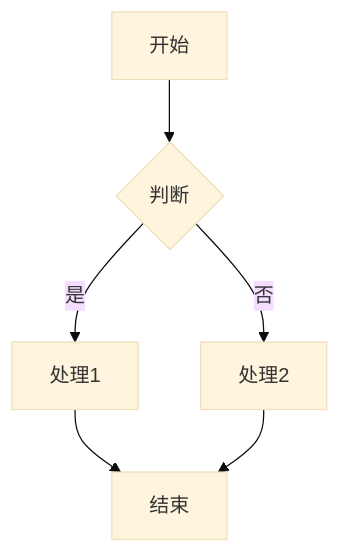
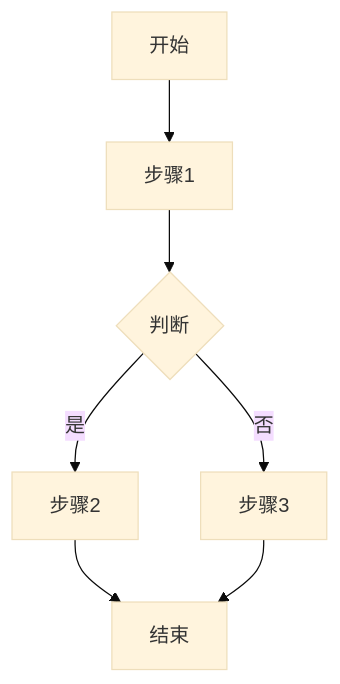
One commit to yangdavip/Product-Manager-Skill changed the first of 10 diagrams in product-manager/02-architecture-design.md. Above: the diagram before and after it, drawn with Mermaid (base theme). The commit also changed other lines of this file and 2 other files, not shown here.

First line of the commit message:
feat: enhance requirement analysis and architecture design modules

````diff
--- a/product-manager/02-architecture-design.md
+++ b/product-manager/02-architecture-design.md
@@ -32,8 +51,9 @@
 ```mermaid
 graph TD
-    A[开始] --> B{判断}
-    B -->|是| C[处理1]
-    B -->|否| D[处理2]
-    C --> E[结束]
-    D --> E
+    A[开始] --> B[步骤1]
+    B --> C{判断}
+    C -->|是| D[步骤2]
+    C -->|否| E[步骤3]
+    D --> F[结束]
+    E --> F
 ```
````
